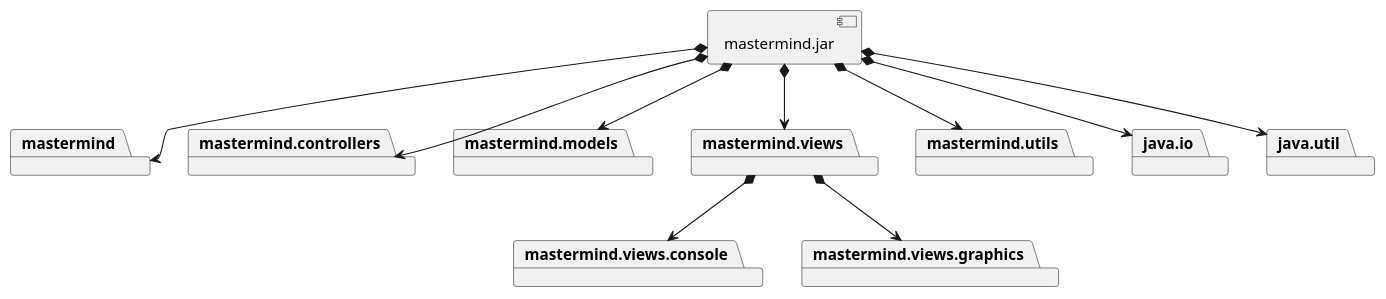
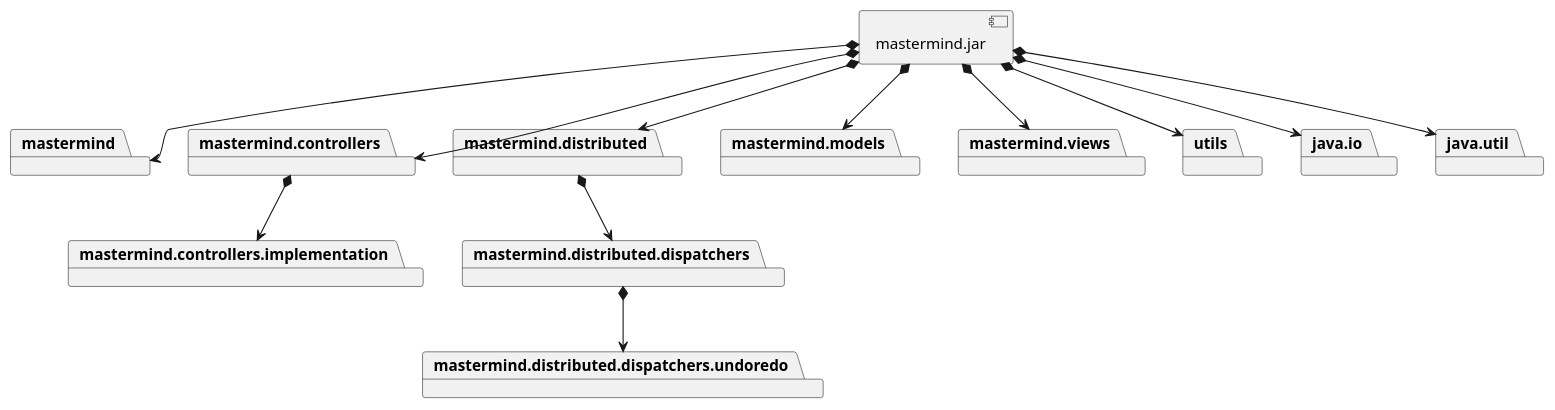
Before and after one commit to amartinm82/mastermind: diagram 11 of 12 in docs/src/docs/asciidoc/index.adoc, drawn with PlantUML. The commit also changed other lines of this file and 29 other files, not shown here.

```diff
--- a/docs/src/docs/asciidoc/index.adoc
+++ b/docs/src/docs/asciidoc/index.adoc
@@ -655,34 +1018,40 @@
 [plantuml,diagramaImplementacion,svg]
 ....
 
 package "  "  as mastermind {
 }
 package "  "  as mastermind.controllers {
 }
+package "  "  as mastermind.controllers.implementation {
+}
+package "  "  as mastermind.distributed {
+}
+package "  "  as mastermind.distributed.dispatchers {
+}
+package "  "  as mastermind.distributed.dispatchers.undoredo {
+}
 package "  "  as mastermind.models {
 }
 package "  "  as mastermind.views {
 }
-package "  "  as mastermind.views.console {
-}
-package "  "  as mastermind.views.graphics {
-}
-package "  "  as mastermind.utils {
+package "  "  as utils {
 }
 package "  "  as java.io {
 }
 package "  "  as java.util {
 }
 
 [mastermind.jar] as jar
 
 jar *--> mastermind
 jar *--> mastermind.controllers
+jar *--> mastermind.distributed
 jar *--> mastermind.models
 jar *--> mastermind.views
-mastermind.views *--> mastermind.views.console
-mastermind.views *--> mastermind.views.graphics
-jar *--> mastermind.utils
+mastermind.controllers *--> mastermind.controllers.implementation
+mastermind.distributed *--> mastermind.distributed.dispatchers
+mastermind.distributed.dispatchers *--> mastermind.distributed.dispatchers.undoredo
+jar *--> utils
 jar *--> java.io
 jar *--> java.util
 ....
```
